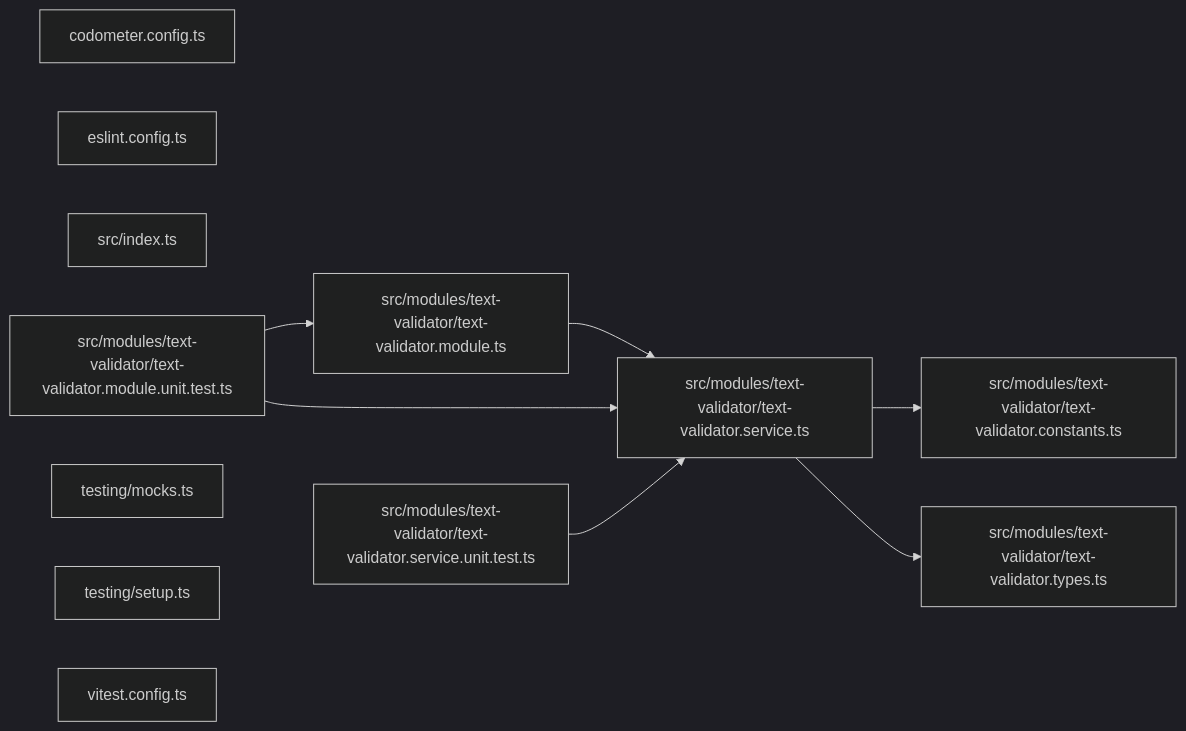
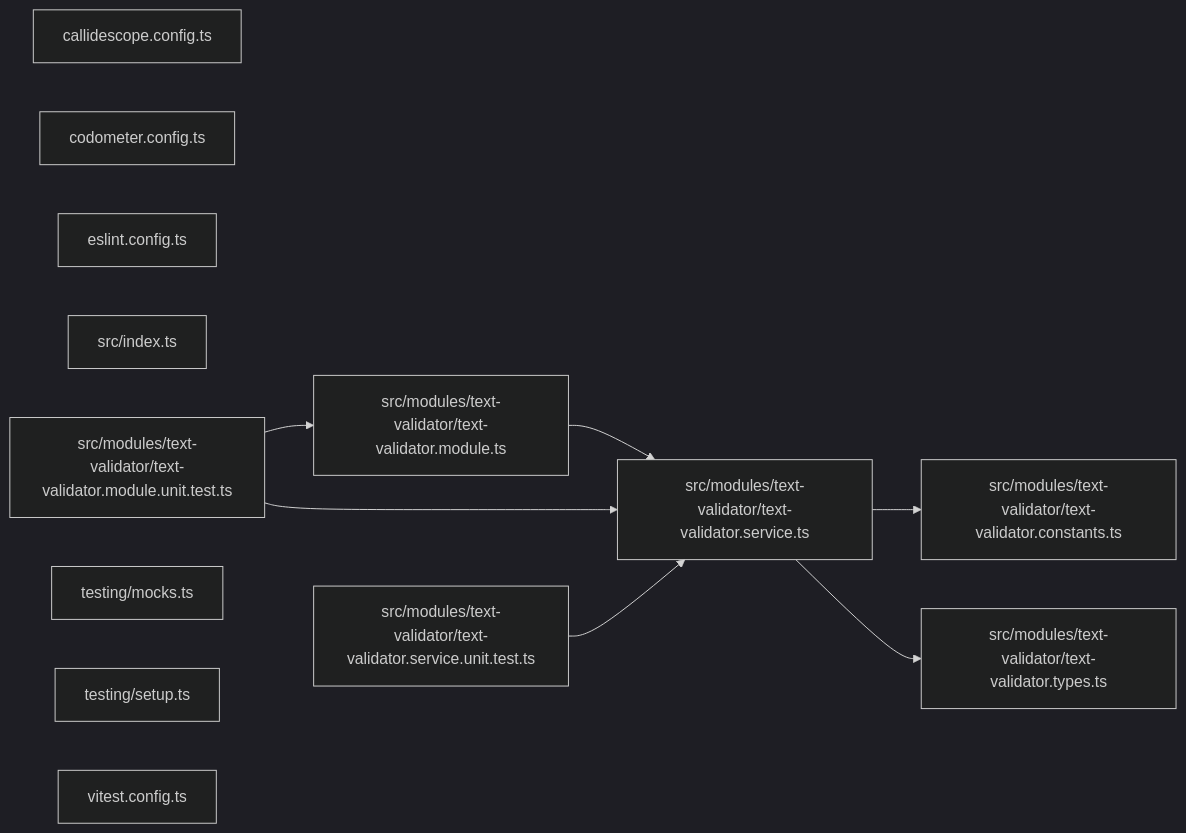
The third of 3 diagrams in packages/conformetry-text/README.md (JimmyPaolini/codebase), drawn with Mermaid (dark theme) before and after one commit. The commit also changed 12 other files, not shown here.

````diff
--- a/packages/conformetry-text/README.md
+++ b/packages/conformetry-text/README.md
@@ -121,21 +121,22 @@
 ```mermaid
 graph LR
+  file_callidescope_config_ts["callidescope.config.ts"]
   file_codometer_config_ts["codometer.config.ts"]
   file_eslint_config_ts["eslint.config.ts"]
   file_src_index_ts["src/index.ts"]
   file_src_modules_text_validator_text_validator_constants_ts["src/modules/text-validator/text-validator.constants.ts"]
   file_src_modules_text_validator_text_validator_module_ts["src/modules/text-validator/text-validator.module.ts"]
   file_src_modules_text_validator_text_validator_module_unit_test_ts["src/modules/text-validator/text-validator.module.unit.test.ts"]
   file_src_modules_text_validator_text_validator_service_ts["src/modules/text-validator/text-validator.service.ts"]
   file_src_modules_text_validator_text_validator_service_unit_test_ts["src/modules/text-validator/text-validator.service.unit.test.ts"]
   file_src_modules_text_validator_text_validator_types_ts["src/modules/text-validator/text-validator.types.ts"]
   file_testing_mocks_ts["testing/mocks.ts"]
   file_testing_setup_ts["testing/setup.ts"]
   file_vitest_config_ts["vitest.config.ts"]
   file_src_modules_text_validator_text_validator_module_ts --> file_src_modules_text_validator_text_validator_service_ts
   file_src_modules_text_validator_text_validator_module_unit_test_ts --> file_src_modules_text_validator_text_validator_module_ts
   file_src_modules_text_validator_text_validator_module_unit_test_ts --> file_src_modules_text_validator_text_validator_service_ts
   file_src_modules_text_validator_text_validator_service_ts --> file_src_modules_text_validator_text_validator_constants_ts
   file_src_modules_text_validator_text_validator_service_ts --> file_src_modules_text_validator_text_validator_types_ts
   file_src_modules_text_validator_text_validator_service_unit_test_ts --> file_src_modules_text_validator_text_validator_service_ts
 ```
````
